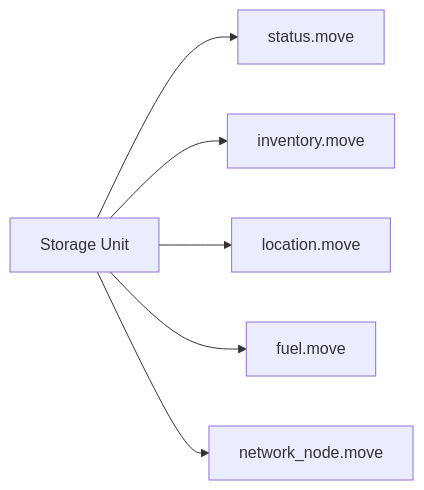
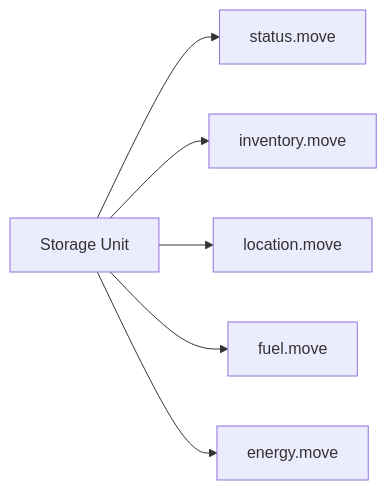
One commit to Scetrov/frontier.scetrov.live changed the second of 2 diagrams in content/develop/world-contracts/primitives/_index.md. Above: the diagram before and after it, drawn with Mermaid. The commit also changed other lines of this file and 30 other files, not shown here.

````diff
--- a/content/develop/world-contracts/primitives/_index.md
+++ b/content/develop/world-contracts/primitives/_index.md
@@ -69,9 +69,9 @@
 ```mermaid
 flowchart LR
     A[Storage Unit] --> B[status.move]
     A --> C[inventory.move]
     A --> D[location.move]
     A --> E[fuel.move]
-    A --> F[network_node.move]
+    A --> F[energy.move]
 
 ```
````
